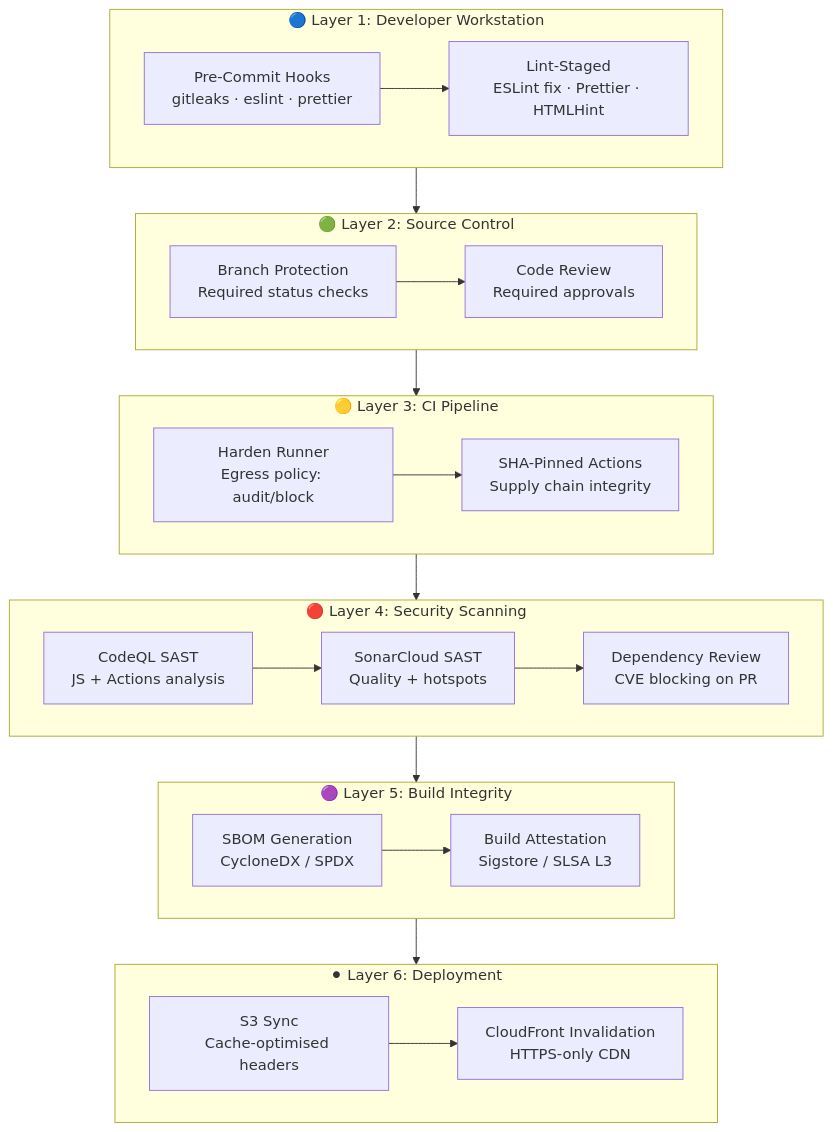
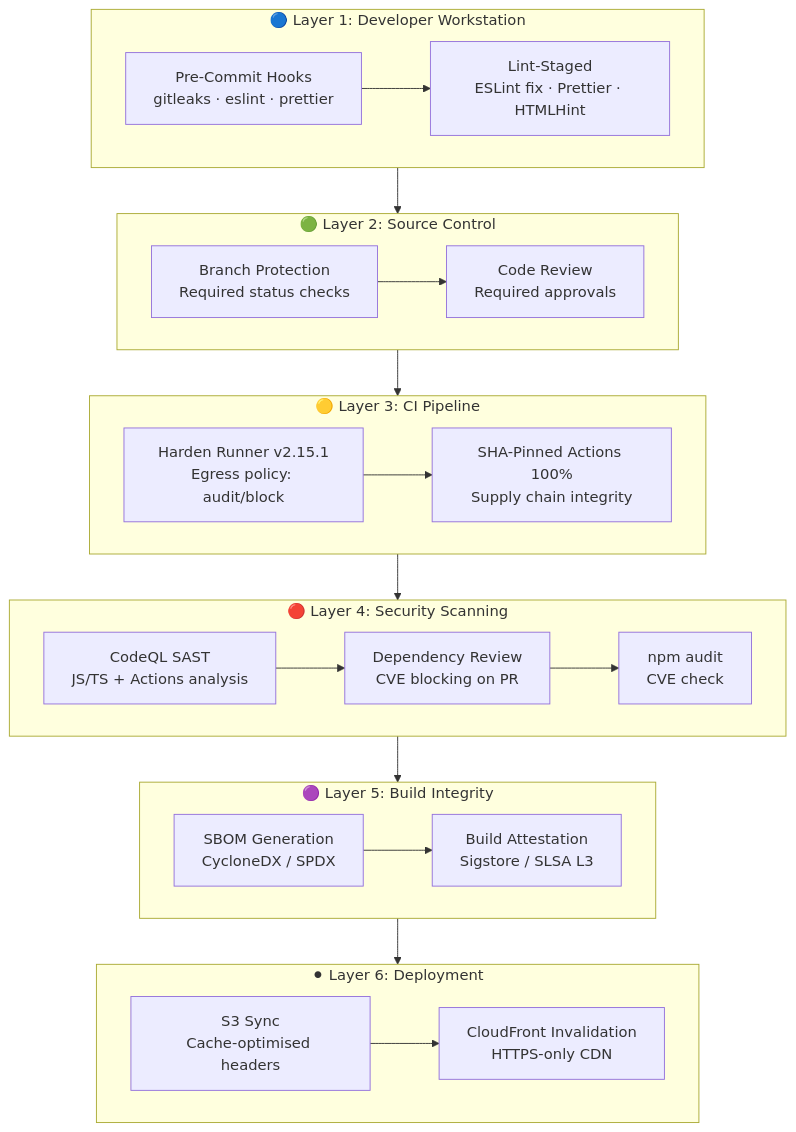
Before and after one commit to Hack23/euparliamentmonitor: the seventh of 13 diagrams in WORKFLOWS.md, drawn with Mermaid. The commit also changed other lines of this file, not shown here.

````diff
--- a/WORKFLOWS.md
+++ b/WORKFLOWS.md
@@ -559,41 +686,41 @@
 ```mermaid
 graph TD
     subgraph Layer1["🔵 Layer 1: Developer Workstation"]
         PC[Pre-Commit Hooks<br/>gitleaks · eslint · prettier]
         LS[Lint-Staged<br/>ESLint fix · Prettier · HTMLHint]
         PC --> LS
     end
 
     subgraph Layer2["🟢 Layer 2: Source Control"]
         BP[Branch Protection<br/>Required status checks]
         CR[Code Review<br/>Required approvals]
         BP --> CR
     end
 
     subgraph Layer3["🟡 Layer 3: CI Pipeline"]
-        HR[Harden Runner<br/>Egress policy: audit/block]
-        ST[SHA-Pinned Actions<br/>Supply chain integrity]
+        HR[Harden Runner v2.15.1<br/>Egress policy: audit/block]
+        ST[SHA-Pinned Actions 100%<br/>Supply chain integrity]
         HR --> ST
     end
 
     subgraph Layer4["🔴 Layer 4: Security Scanning"]
-        CQL[CodeQL SAST<br/>JS + Actions analysis]
-        SC[SonarCloud SAST<br/>Quality + hotspots]
+        CQL[CodeQL SAST<br/>JS/TS + Actions analysis]
         DR[Dependency Review<br/>CVE blocking on PR]
-        CQL --> SC --> DR
+        NA[npm audit<br/>CVE check]
+        CQL --> DR --> NA
     end
 
     subgraph Layer5["🟣 Layer 5: Build Integrity"]
         SB[SBOM Generation<br/>CycloneDX / SPDX]
         AT[Build Attestation<br/>Sigstore / SLSA L3]
         SB --> AT
     end
 
     subgraph Layer6["⚫ Layer 6: Deployment"]
         S3[S3 Sync<br/>Cache-optimised headers]
         CF[CloudFront Invalidation<br/>HTTPS-only CDN]
         S3 --> CF
     end
 
     Layer1 --> Layer2 --> Layer3 --> Layer4 --> Layer5 --> Layer6
 ```
````
